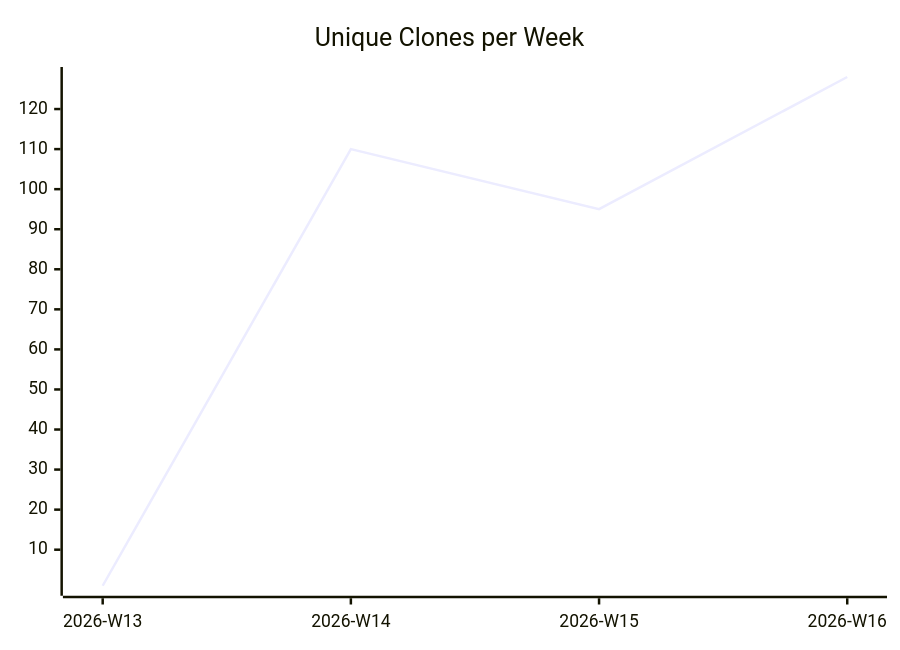
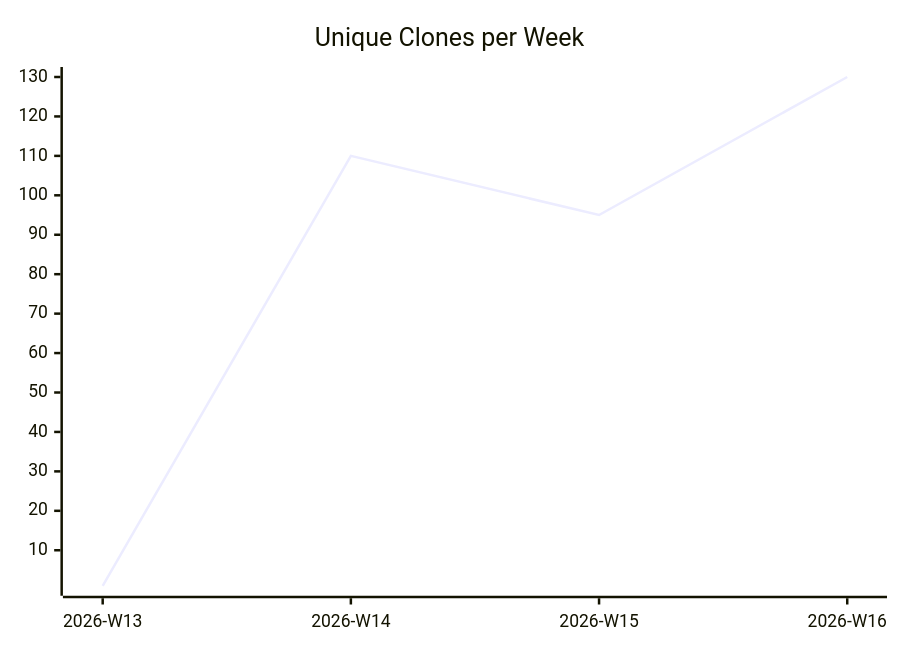
Before and after one commit to justdavis-family/github-analytics-data: the third of 3 diagrams in justdavis-family/justdavis/README.md, drawn with Mermaid. The commit also changed other lines of this file and 184 other files, not shown here.

````diff
--- a/justdavis-family/justdavis/README.md
+++ b/justdavis-family/justdavis/README.md
@@ -19,6 +19,6 @@
 ```mermaid
 xychart-beta
   title "Unique Clones per Week"
   x-axis ["2026-W13", "2026-W14", "2026-W15", "2026-W16"]
-  line [1, 110, 95, 128]
+  line [1, 110, 95, 130]
 ```
````
